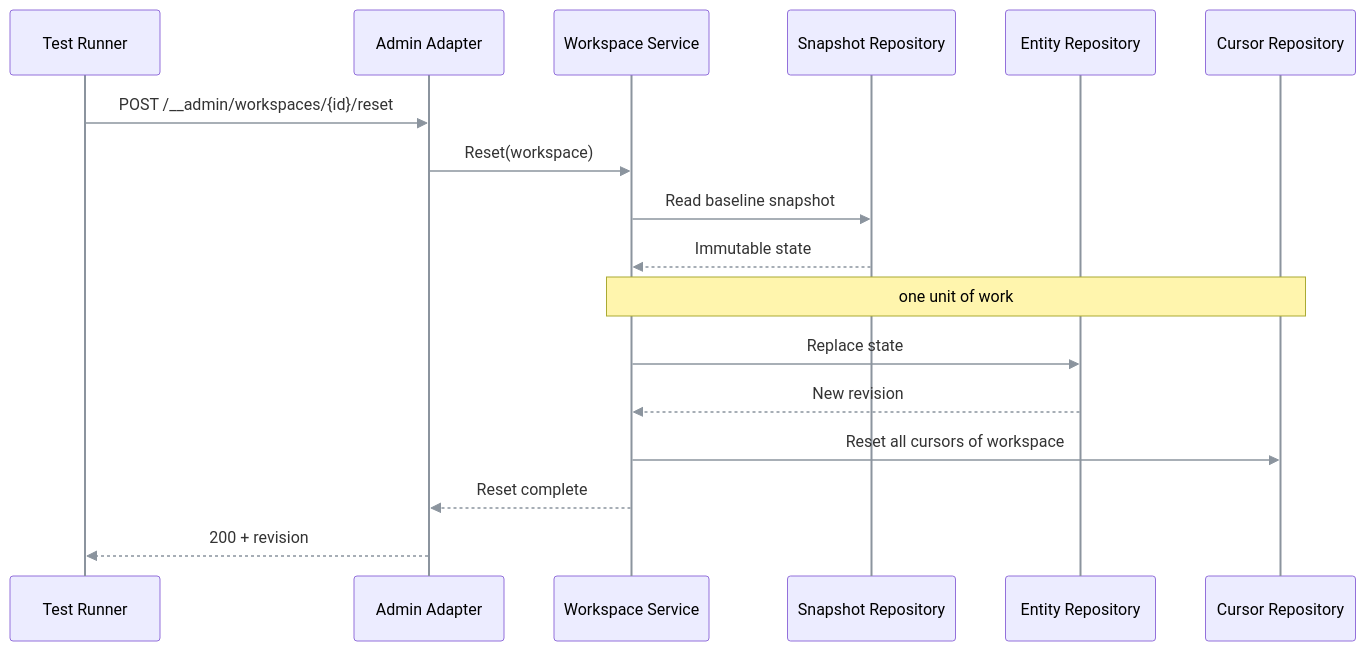
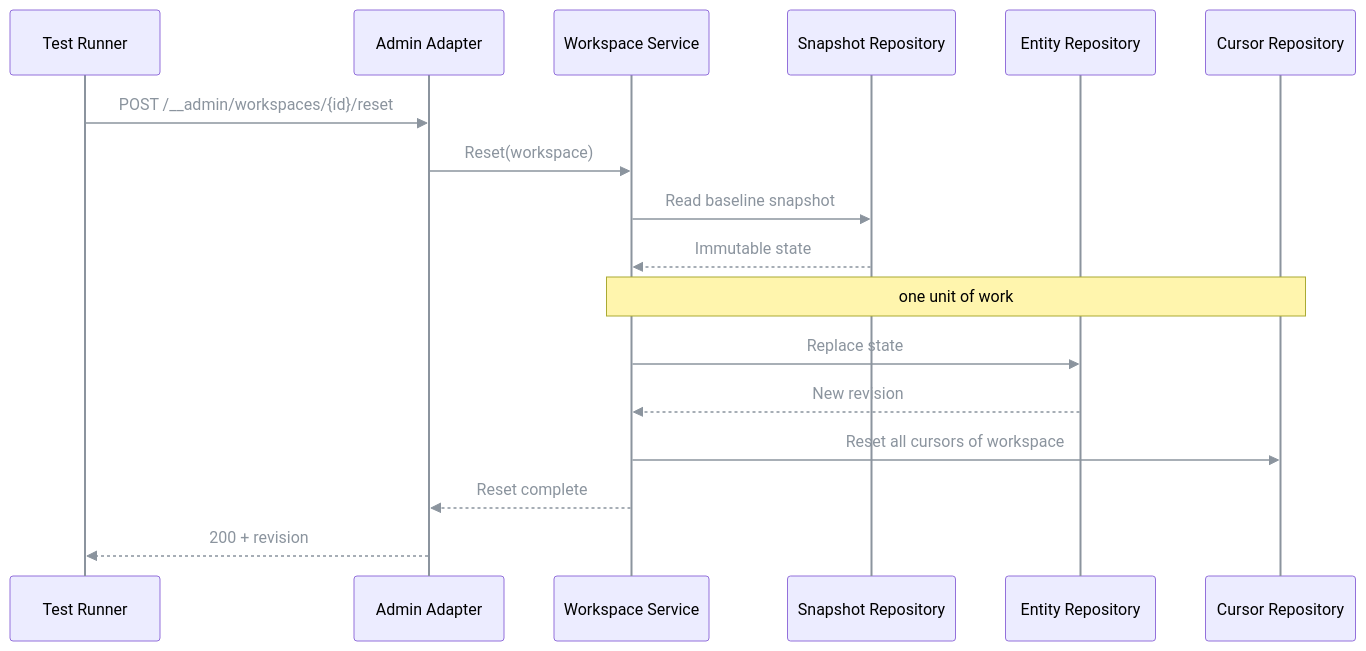
One commit to pt9912/odata-recorder changed the sixth of 10 diagrams in spec/architecture.md. Above: the diagram before and after it, drawn with Mermaid. The commit also changed other lines of this file, not shown here.

Commit message:
Architektur: Textfarbe der Mermaid-Beschriftungen fuer dunkle Darstellung (LH-FA-04)

````diff
--- a/spec/architecture.md
+++ b/spec/architecture.md
@@ -316,20 +316,20 @@
 ```mermaid
-%%{init: {'themeVariables': {'lineColor': '#8b949e', 'signalColor': '#8b949e', 'actorLineColor': '#8b949e', 'edgeLabelBackground': '#d0d7de'}}}%%
+%%{init: {'themeVariables': {'lineColor': '#8b949e', 'signalColor': '#8b949e', 'signalTextColor': '#8b949e', 'actorLineColor': '#8b949e', 'loopTextColor': '#8b949e', 'textColor': '#c9d1d9', 'edgeLabelBackground': '#30363d'}}}%%
 sequenceDiagram
     participant T as Test Runner
     participant A as Admin Adapter
     participant W as Workspace Service
     participant S as Snapshot Repository
     participant E as Entity Repository
     participant K as Cursor Repository
     T->>A: POST /__admin/workspaces/{id}/reset
     A->>W: Reset(workspace)
     W->>S: Read baseline snapshot
     S-->>W: Immutable state
     Note over W,K: one unit of work
     W->>E: Replace state
     E-->>W: New revision
     W->>K: Reset all cursors of workspace
     W-->>A: Reset complete
     A-->>T: 200 + revision
 ```
````
